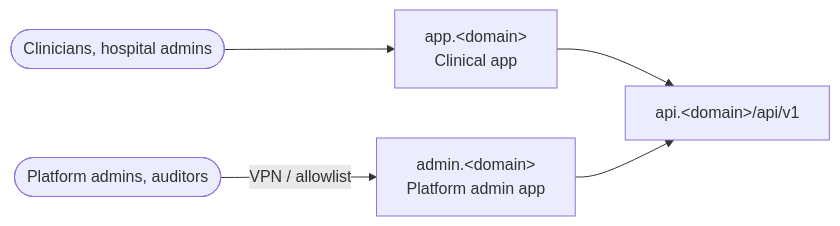
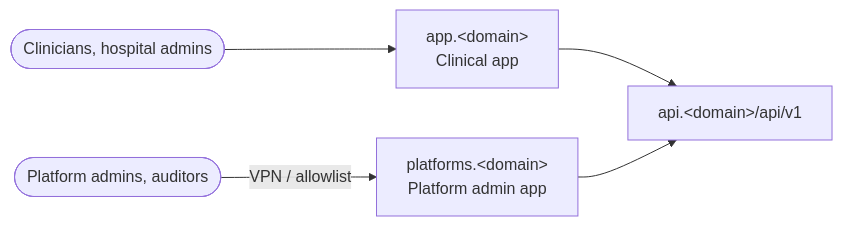
One commit to Measured-Health/mhai-web changed the tenth of 10 diagrams in ARCHITECTURE.md. Above: the diagram before and after it, drawn with Mermaid. The commit also changed other lines of this file and 2 other files, not shown here.

Commit message:
ADR 0004: keep the hospital admin side in the clinical app; platform admin at platforms.<domain>

````diff
--- a/ARCHITECTURE.md
+++ b/ARCHITECTURE.md
@@ -463,7 +463,7 @@
 ```mermaid
 flowchart LR
     u1([Clinicians, hospital admins]) --> cdn1["app.&lt;domain&gt;<br/>Clinical app"]
-    u2([Platform admins, auditors]) -->|VPN / allowlist| cdn2["admin.&lt;domain&gt;<br/>Platform admin app"]
+    u2([Platform admins, auditors]) -->|VPN / allowlist| cdn2["platforms.&lt;domain&gt;<br/>Platform admin app"]
     cdn1 --> api["api.&lt;domain&gt;/api/v1"]
     cdn2 --> api
 ```
````
